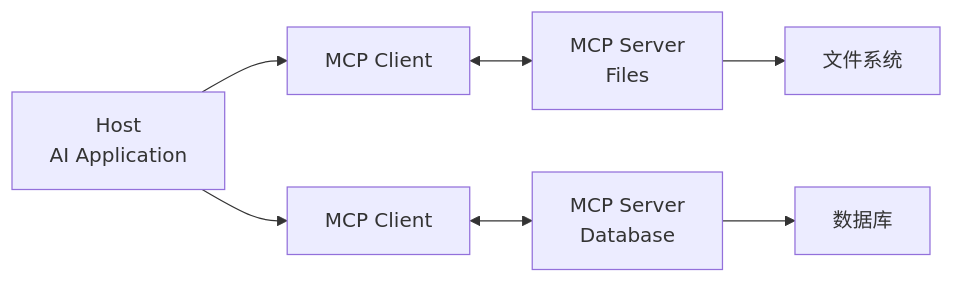
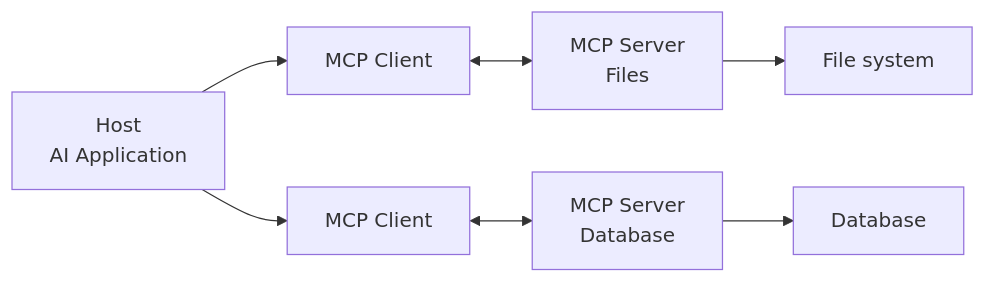
One commit to oneleaveknowsthefall/awesome-ai-roadmap changed the third of 8 diagrams in docs/agent/01-foundations/02-agent-architecture.md. Above: the diagram before and after it, drawn with Mermaid. The commit also changed other lines of this file and 68 other files, not shown here.

````diff
--- a/docs/agent/01-foundations/02-agent-architecture.md
+++ b/docs/agent/01-foundations/02-agent-architecture.md
@@ -198,9 +202,9 @@
 ```mermaid
 flowchart LR
     H[Host<br/>AI Application] --> C1[MCP Client]
     H --> C2[MCP Client]
     C1 <--> S1[MCP Server<br/>Files]
     C2 <--> S2[MCP Server<br/>Database]
-    S1 --> F[文件系统]
-    S2 --> D[数据库]
+    S1 --> F[File system]
+    S2 --> D[Database]
 ```
````
